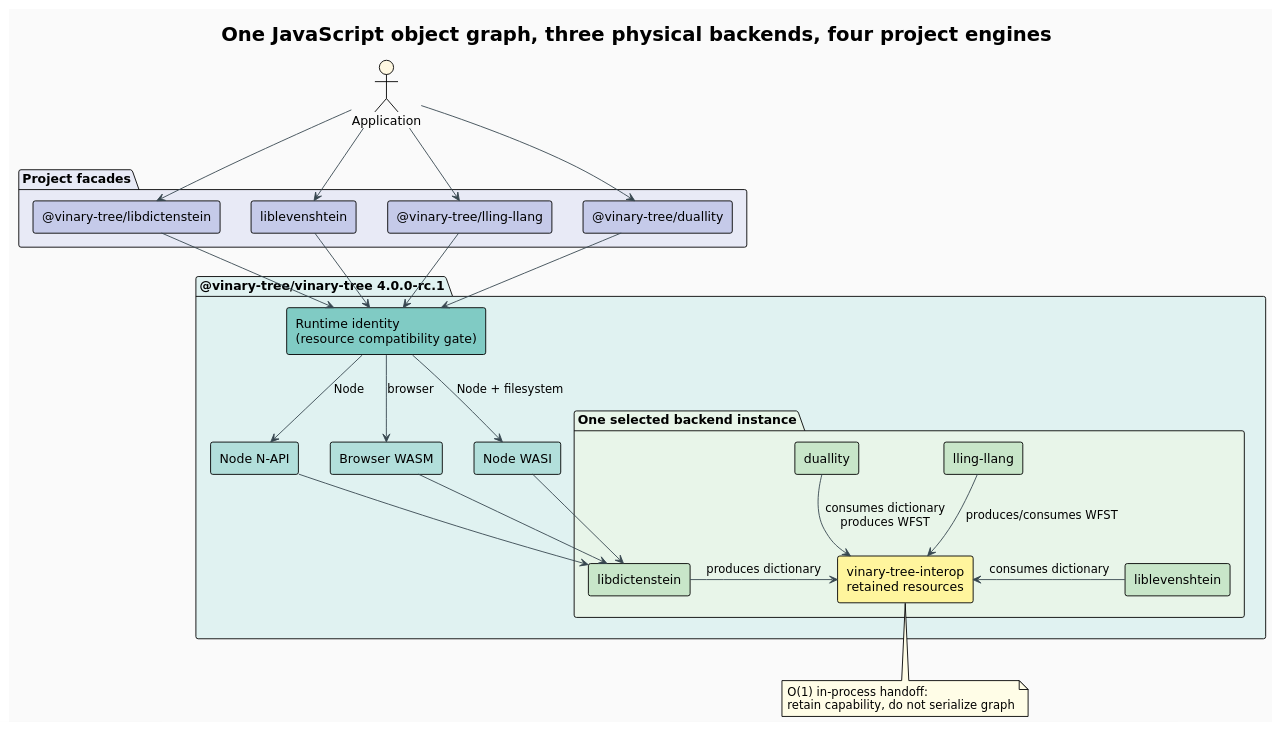
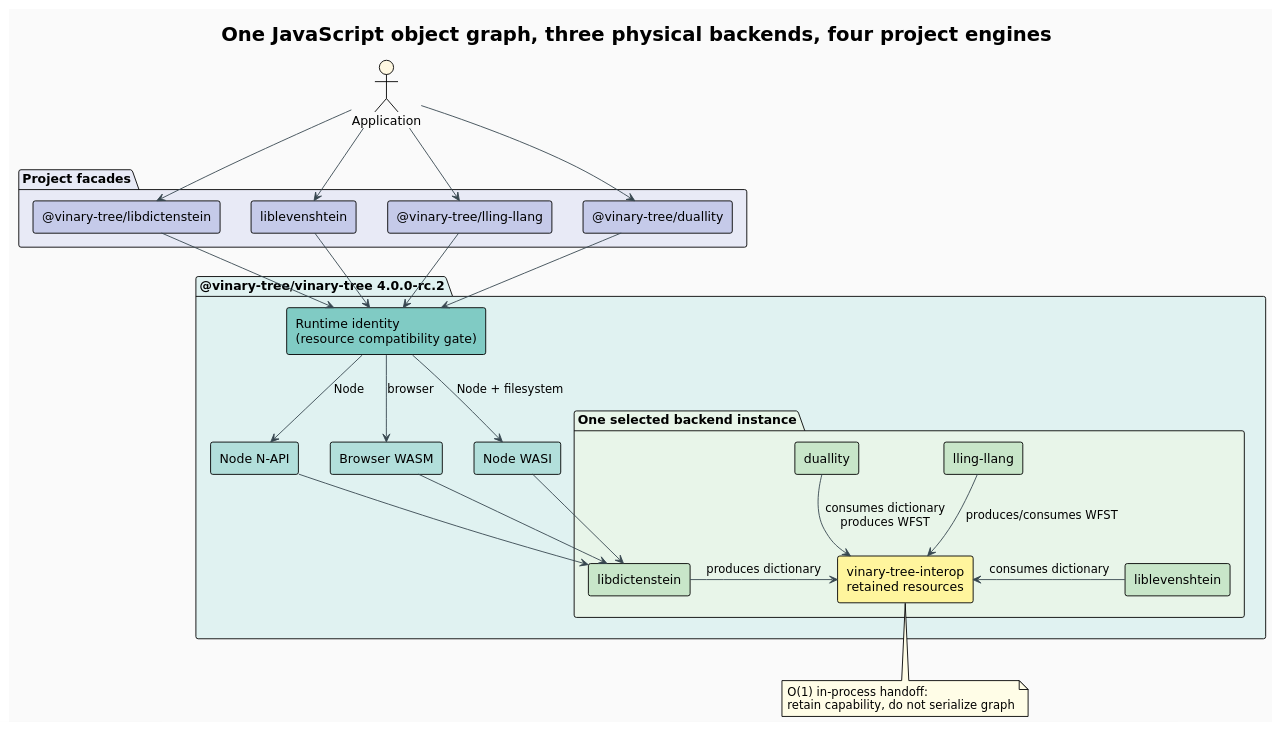
Before and after one commit to vinary-tree/javascript-runtime: the diagram in docs/diagrams/runtime-architecture.puml, drawn with PlantUML. The commit also changed 13 other files, not shown here.

```diff
--- a/docs/diagrams/runtime-architecture.puml
+++ b/docs/diagrams/runtime-architecture.puml
@@ -1,56 +1,56 @@
 @startuml
 !theme plain
 skinparam backgroundColor #FAFAFA
 skinparam shadowing false
 skinparam componentStyle rectangle
 skinparam ArrowColor #37474F
 skinparam defaultFontName DejaVu Sans
 title One JavaScript object graph, three physical backends, four project engines
 
 actor "Application" as app #FFF8E1
 
 package "Project facades" #E8EAF6 {
   component "@vinary-tree/libdictenstein" as dictFacade #C5CAE9
   component "liblevenshtein" as levFacade #C5CAE9
   component "@vinary-tree/lling-llang" as llingFacade #C5CAE9
   component "@vinary-tree/duallity" as dualFacade #C5CAE9
 }
 
-package "@vinary-tree/vinary-tree 4.0.0-rc.1" #E0F2F1 {
+package "@vinary-tree/vinary-tree 4.0.0-rc.2" #E0F2F1 {
   component "Runtime identity\n(resource compatibility gate)" as identity #80CBC4
   component "Node N-API" as napi #B2DFDB
   component "Browser WASM" as wasm #B2DFDB
   component "Node WASI" as wasi #B2DFDB
   package "One selected backend instance" #E8F5E9 {
     component "libdictenstein" as dict #C8E6C9
     component "liblevenshtein" as lev #C8E6C9
     component "lling-llang" as lling #C8E6C9
     component "duallity" as dual #C8E6C9
     component "vinary-tree-interop\nretained resources" as interop #FFF59D
   }
 }
 
 app --> dictFacade
 app --> levFacade
 app --> llingFacade
 app --> dualFacade
 dictFacade --> identity
 levFacade --> identity
 llingFacade --> identity
 dualFacade --> identity
 identity --> napi : Node
 identity --> wasm : browser
 identity --> wasi : Node + filesystem
 napi --> dict
 wasm --> dict
 wasi --> dict
 dict -right-> interop : produces dictionary
 lev -left-> interop : consumes dictionary
 dual --> interop : consumes dictionary\nproduces WFST
 lling --> interop : produces/consumes WFST
 
 note bottom of interop #FFFDE7
   O(1) in-process handoff:
   retain capability, do not serialize graph
 end note
 @enduml
```
